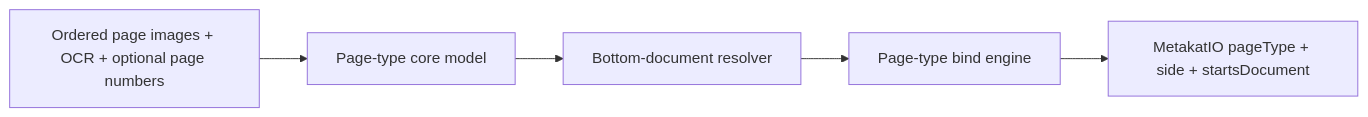
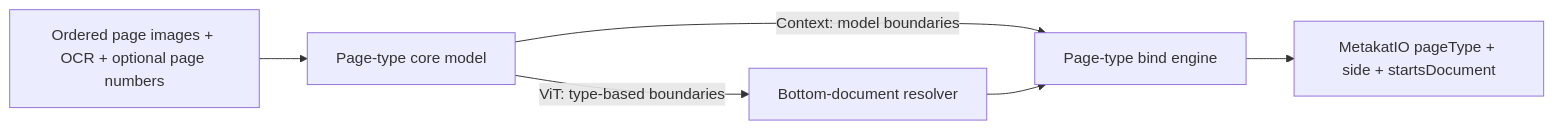
The diagram in metakat/page_type/README.md (DCGM/MetaKat), drawn with Mermaid before and after one commit. The commit also changed other lines of this file and 3 other files, not shown here.

Commit message:
Preserve context model boundaries and restrict resolver to ViT

````diff
--- a/metakat/page_type/README.md
+++ b/metakat/page_type/README.md
@@ -49,10 +49,13 @@
 ```mermaid
 flowchart LR
     P[Ordered page images + OCR + optional page numbers]
     C[Page-type core model]
     R[Bottom-document resolver]
     B[Page-type bind engine]
     M[MetakatIO pageType + side + startsDocument]
 
-    P --> C --> R --> B --> M
+    P --> C
+    C -->|Context: model boundaries| B
+    C -->|ViT: type-based boundaries| R --> B
+    B --> M
 ```
````
